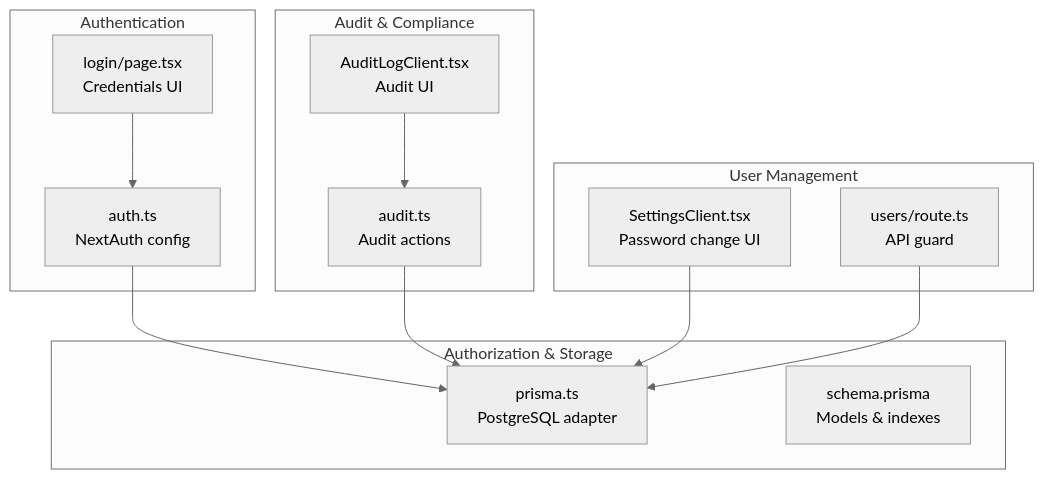
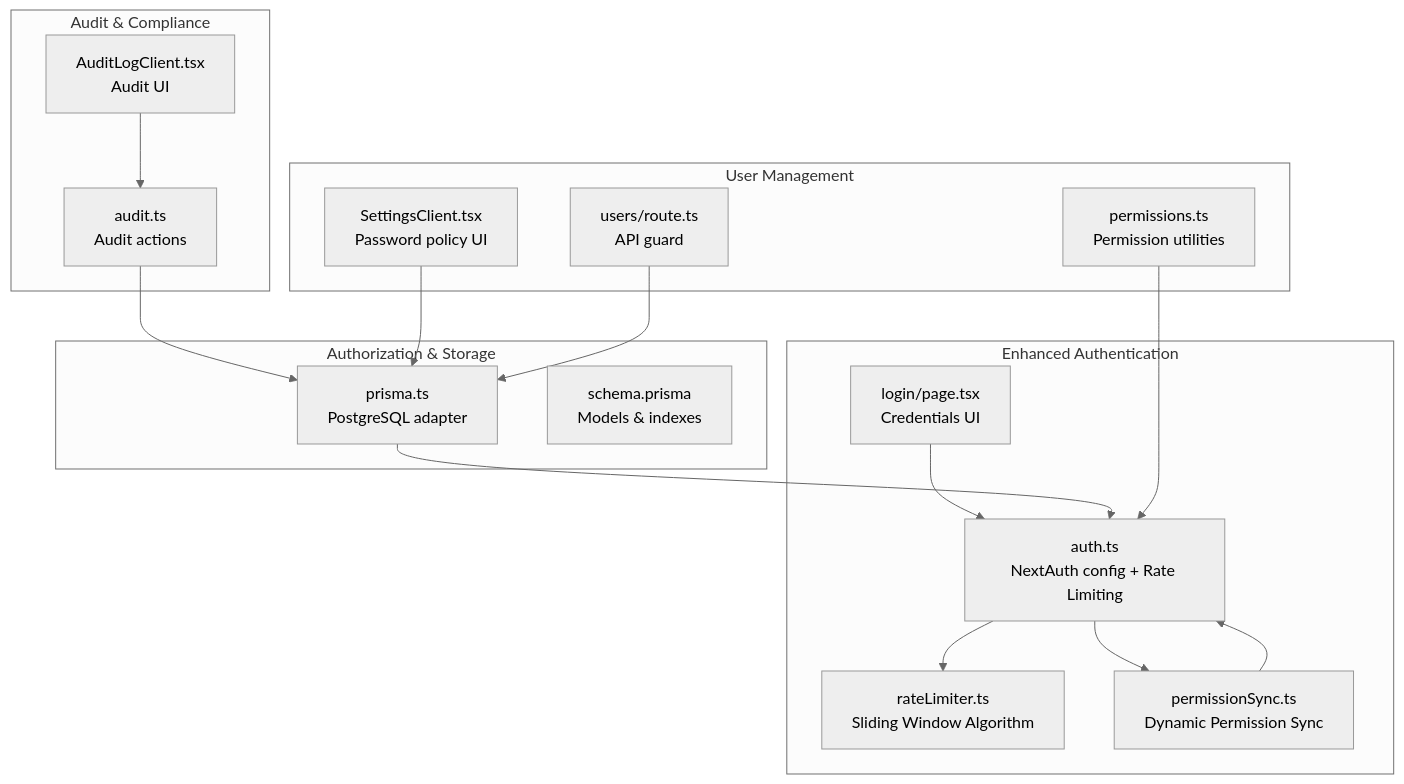
One commit to bazs69/ApsAsrama changed the first of 3 diagrams in .qoder/repowiki/en/content/Authentication & Authorization/Security Best Practices.md. Above: the diagram before and after it, drawn with Mermaid (neutral theme). The commit also changed other lines of this file and 293 other files, not shown here.

````diff
--- a/.qoder/repowiki/en/content/Authentication & Authorization/Security Best Practices.md
+++ b/.qoder/repowiki/en/content/Authentication & Authorization/Security Best Practices.md
@@ -39,25 +52,32 @@
 ```mermaid
 graph TB
-subgraph "Authentication"
-A["auth.ts<br/>NextAuth config"]
+subgraph "Enhanced Authentication"
+A["auth.ts<br/>NextAuth config + Rate Limiting"]
 B["login/page.tsx<br/>Credentials UI"]
+C["rateLimiter.ts<br/>Sliding Window Algorithm"]
+D["permissionSync.ts<br/>Dynamic Permission Sync"]
 end
 subgraph "Authorization & Storage"
-C["prisma.ts<br/>PostgreSQL adapter"]
-D["schema.prisma<br/>Models & indexes"]
+E["prisma.ts<br/>PostgreSQL adapter"]
+F["schema.prisma<br/>Models & indexes"]
 end
 subgraph "Audit & Compliance"
-E["audit.ts<br/>Audit actions"]
-F["AuditLogClient.tsx<br/>Audit UI"]
+G["audit.ts<br/>Audit actions"]
+H["AuditLogClient.tsx<br/>Audit UI"]
 end
 subgraph "User Management"
-G["SettingsClient.tsx<br/>Password change UI"]
-H["users/route.ts<br/>API guard"]
+I["SettingsClient.tsx<br/>Password policy UI"]
+J["permissions.ts<br/>Permission utilities"]
+K["users/route.ts<br/>API guard"]
 end
 A --> C
+A --> D
 B --> A
-E --> C
-F --> E
-G --> C
-H --> C
+D --> A
+E --> A
+G --> E
+H --> G
+I --> E
+J --> A
+K --> E
 ```
````
